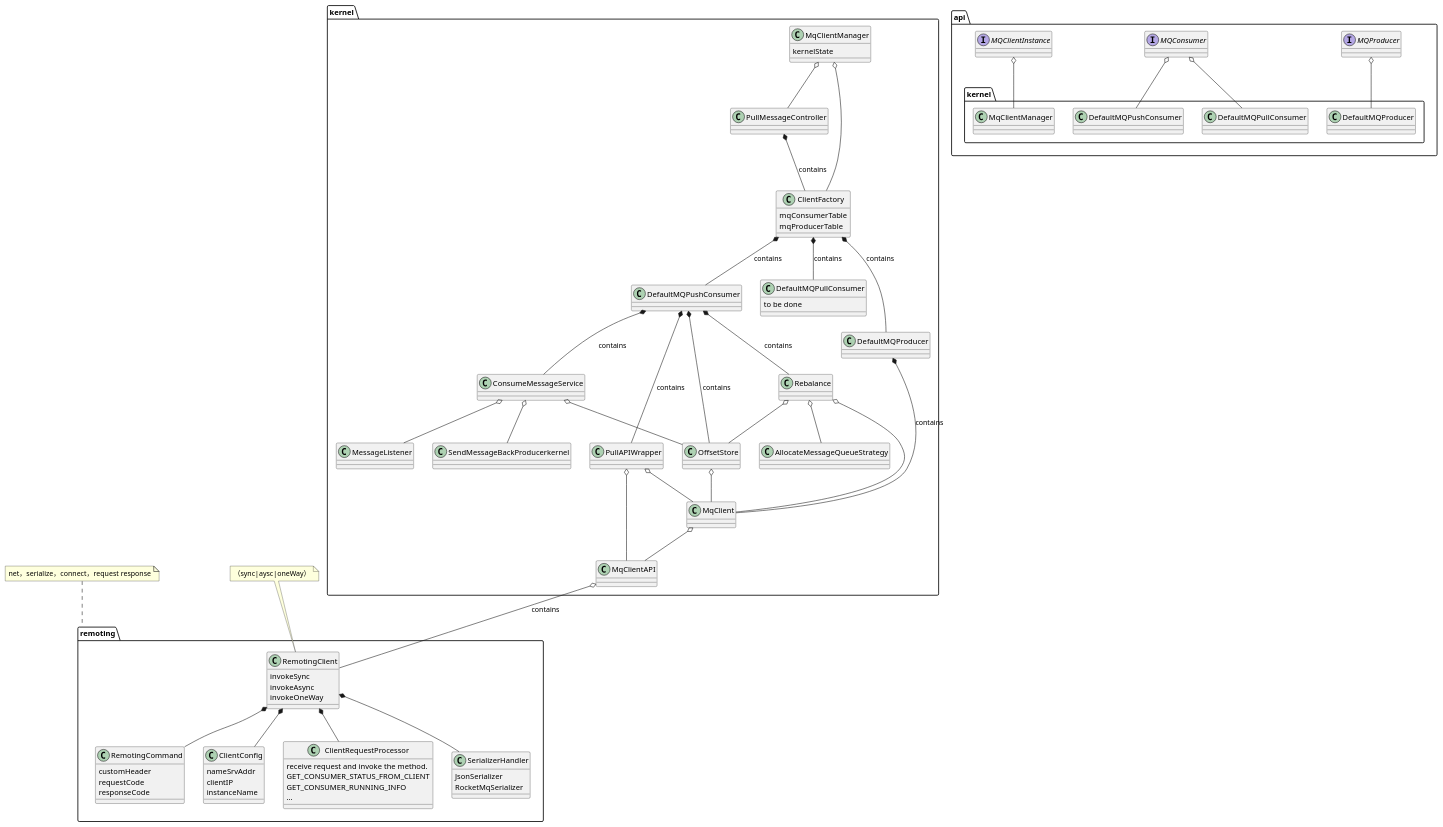
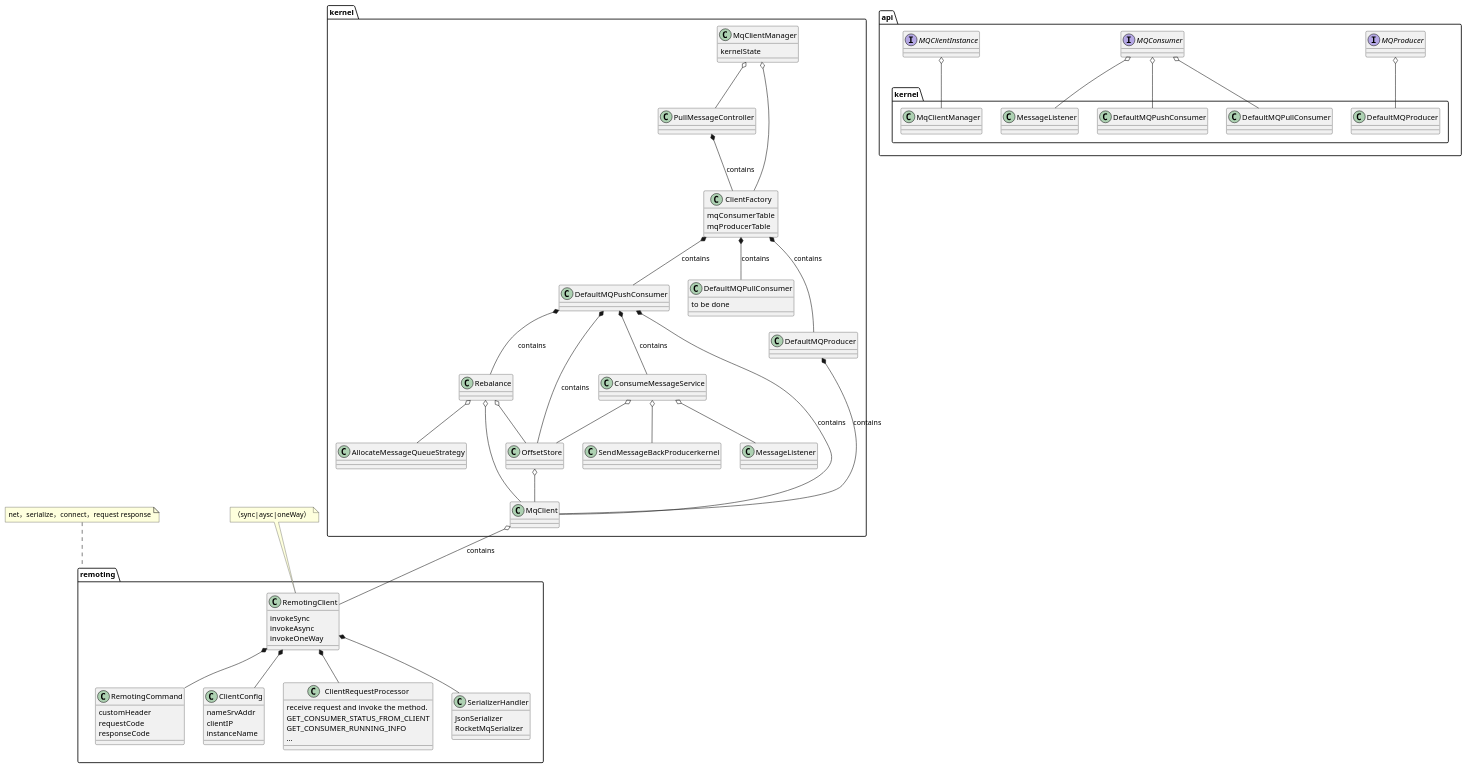
One commit to apache/rocketmq-externals changed the diagram in rocketmq-go/docs/package.puml. Above: the diagram before and after it, drawn with PlantUML. The commit also changed 2 other files, not shown here.

```diff
--- a/rocketmq-go/docs/package.puml
+++ b/rocketmq-go/docs/package.puml
@@ -1,118 +1,117 @@
 @startuml
 interface api.MQProducer{
 
 }
 interface api.MQConsumer{
 
 }
 interface api.MQClientInstance{
 
        
 }
 
 namespace api{
     MQClientInstance o-- kernel.MqClientManager
     MQProducer o-- kernel.DefaultMQProducer
     MQConsumer o-- kernel.DefaultMQPushConsumer
-     MQConsumer o-- kernel.DefaultMQPullConsumer
+    MQConsumer o-- kernel.DefaultMQPullConsumer
+    MQConsumer o-- kernel.MessageListener
+
 }
 
 class kernel.MqClientManager{
 kernelState
 }
 class kernel.PullMessageController{
 
 }
 class kernel.AllocateMessageQueueStrategy{
 }
 class kernel.ClientFactory{
 mqConsumerTable
 mqProducerTable
 }
 class kernel.DefaultMQPushConsumer{
 }
 class kernel.DefaultMQPullConsumer{
     to be done
 }
 class kernel.DefaultMQProducer{
  }
  class kernel.MqClient{
 
  }
  class kernel.MessageListener{
  }
   class remoting.RemotingClient{
    invokeSync
    invokeAsync
    invokeOneWay
   }
  class remoting.RemotingCommand{
   customHeader
   requestCode
   responseCode
  }
   class remoting.ClientConfig{
    nameSrvAddr
    clientIP
    instanceName
   }
   class remoting.ClientRequestProcessor{
      receive request and invoke the method.
      GET_CONSUMER_STATUS_FROM_CLIENT
      GET_CONSUMER_RUNNING_INFO
      ...
     }
     class remoting.SerializerHandler{
        JsonSerializer
        RocketMqSerializer
     }
 
 
 namespace kernel{
 
 
 kernel.PullMessageController *-- kernel.ClientFactory:contains
     MqClientManager o-- PullMessageController
     MqClientManager o-- ClientFactory
     kernel.ClientFactory *-- DefaultMQPushConsumer:contains
     kernel.ClientFactory *-- DefaultMQPullConsumer:contains
-    DefaultMQPushConsumer *-- kernel.PullAPIWrapper : contains
+    DefaultMQPushConsumer *-- kernel.MqClient : contains
     DefaultMQPushConsumer *-- kernel.OffsetStore : contains
     DefaultMQPushConsumer *-- kernel.Rebalance : contains
     DefaultMQPushConsumer *-- kernel.ConsumeMessageService : contains
     kernel.ClientFactory *-- DefaultMQProducer:contains
 
     DefaultMQProducer *-- kernel.MqClient :contains
 
 
 }
 
 namespace kernel{
-    MqClientAPI o-- remoting.RemotingClient:contains
+    MqClient o-- remoting.RemotingClient:contains
     OffsetStore o-- MqClient
-    PullAPIWrapper o-- MqClient
-    MqClient o-- MqClientAPI
-    PullAPIWrapper o-- MqClientAPI
     Rebalance o-- MqClient
     Rebalance o-- OffsetStore
     Rebalance o-- AllocateMessageQueueStrategy
     ConsumeMessageService o-- SendMessageBackProducerkernel
     ConsumeMessageService o-- OffsetStore
     ConsumeMessageService o-- MessageListener
 }
 
 namespace remoting {
   RemotingClient  *-- RemotingCommand
   RemotingClient *-- ClientConfig
     RemotingClient  *-- ClientRequestProcessor
     RemotingClient *-- SerializerHandler
 
 
 }
 
 
 
 note top of remoting.RemotingClient :（sync|aysc|oneWay）
 note top of remoting :net，serialize，connect，request response
 
 @enduml
```
